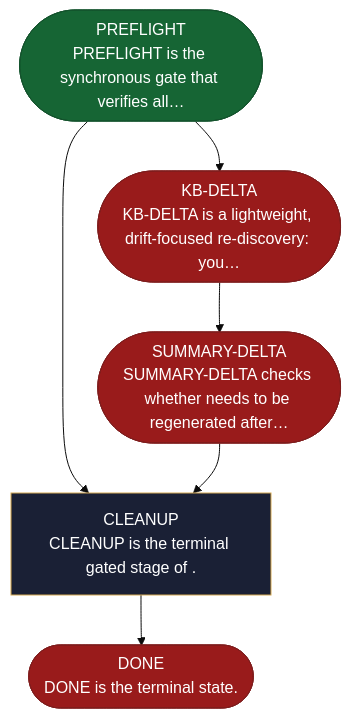
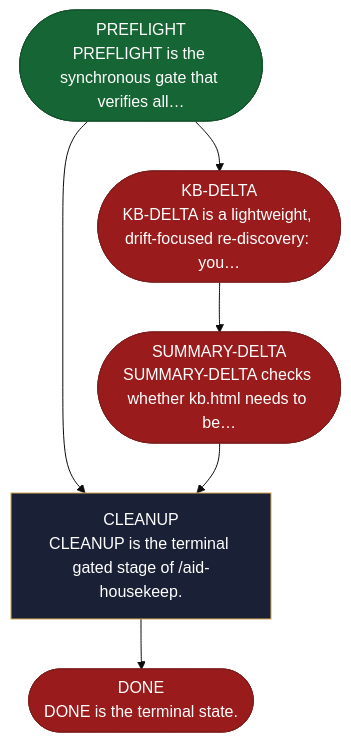
The diagram in site/src/content/docs/skills/aid-housekeep.md (AndreVianna/aid-methodology), drawn with Mermaid (base theme) before and after one commit. The commit also changed 15 other files, not shown here.

````diff
--- a/site/src/content/docs/skills/aid-housekeep.md
+++ b/site/src/content/docs/skills/aid-housekeep.md
@@ -20,29 +20,29 @@
 ```mermaid
 flowchart TB
   classDef aidNode color:#fff
   classDef aidEntry fill:#166534,stroke:#14532d,color:#fff
   classDef aidExit fill:#991b1b,stroke:#7f1d1d,color:#fff
   classDef aidDecision fill:#92400e,stroke:#78350f,color:#fff
   classDef aidLoopBack fill:#1e3a8a,stroke:#1e3a8a,color:#fff
   classDef aidStep fill:#1a2035,stroke:#d4a853,color:#f1f5f9
   n1(["PREFLIGHT<br/>PREFLIGHT is the synchronous gate that verifies all…"])
   n2(["KB-DELTA<br/>KB-DELTA is a lightweight, drift-focused re-discovery: you…"])
-  n3(["SUMMARY-DELTA<br/>SUMMARY-DELTA checks whether needs to be regenerated after…"])
-  n4["CLEANUP<br/>CLEANUP is the terminal gated stage of ."]
+  n3(["SUMMARY-DELTA<br/>SUMMARY-DELTA checks whether kb.html needs to be…"])
+  n4["CLEANUP<br/>CLEANUP is the terminal gated stage of /aid-housekeep."]
   n5(["DONE<br/>DONE is the terminal state."])
   n1 --> n2
   n1 --> n4
   n2 --> n3
   n3 --> n4
   n4 --> n5
   class n1 aidEntry
   class n2 aidExit
   class n3 aidExit
   class n4 aidStep
   class n5 aidExit
   class n1 aidNode
   class n2 aidNode
   class n3 aidNode
   class n4 aidNode
   class n5 aidNode
 ```
````
